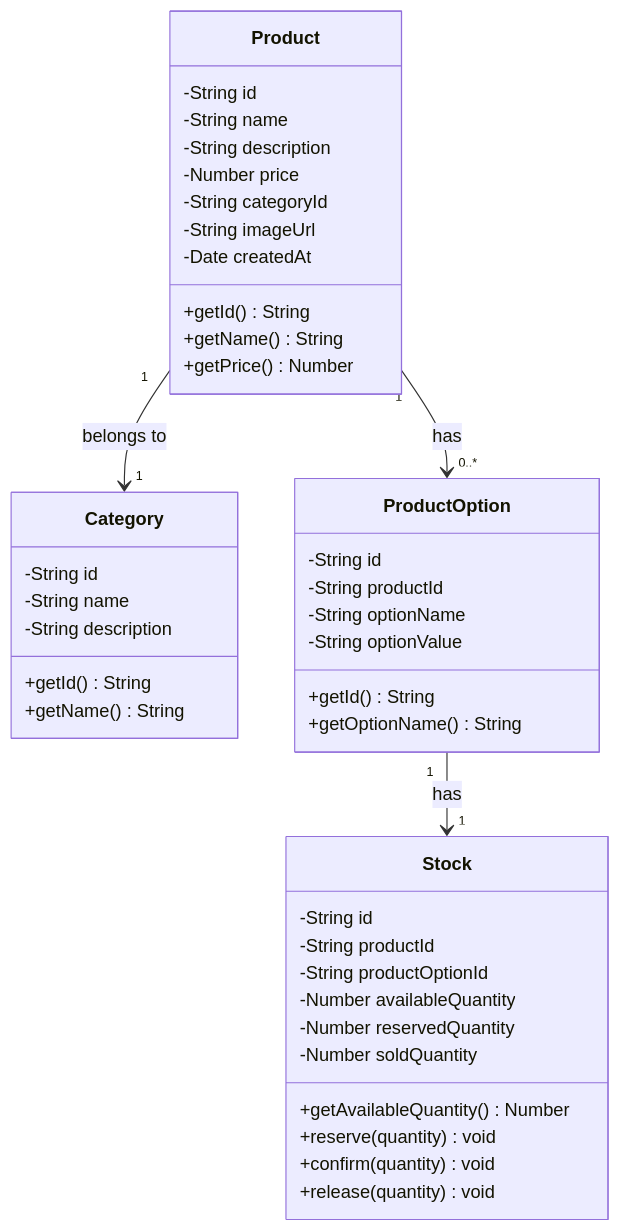
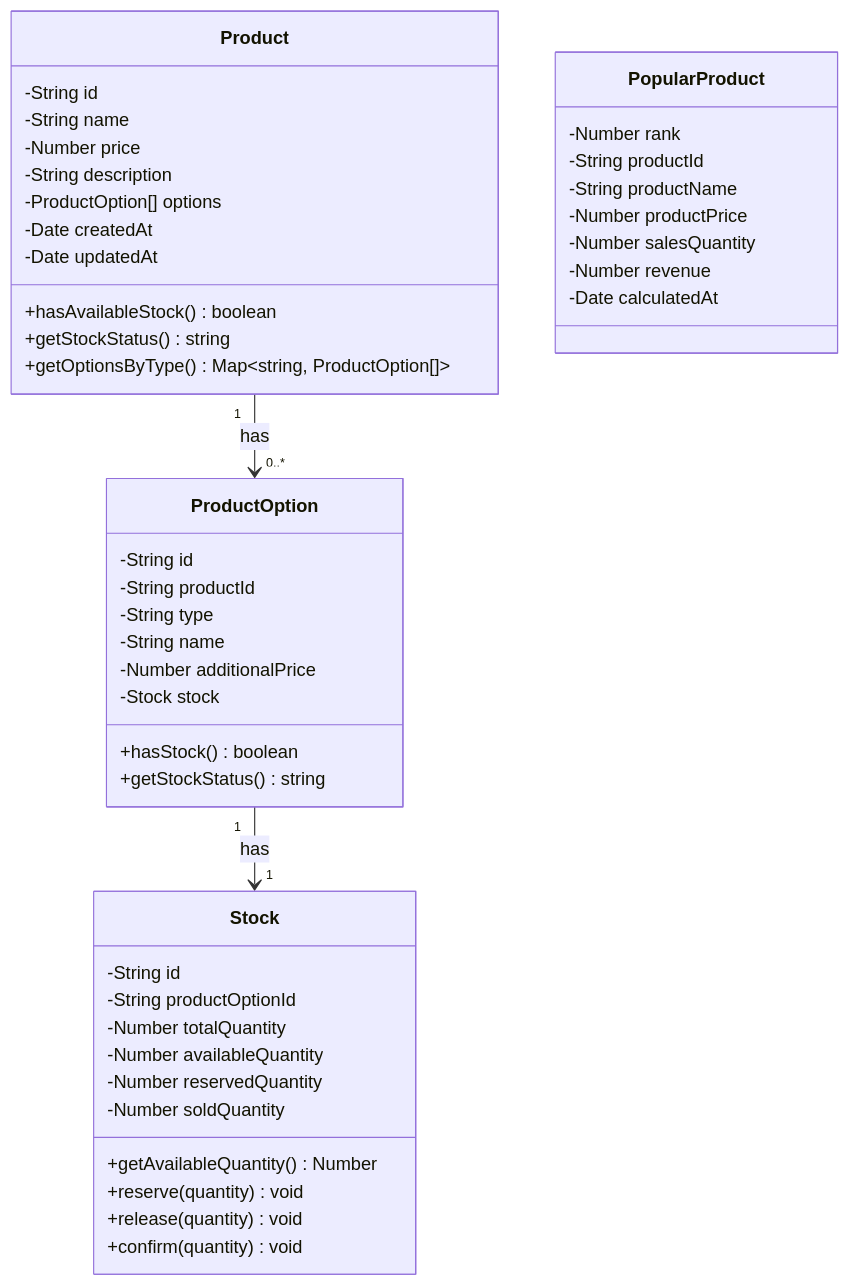
The fifth of 5 diagrams in docs/dev/dashboard/product/sequence-diagrams.md (ywj3493/hhplus-e-commerce), drawn with Mermaid before and after one commit. The commit also changed other lines of this file and 2 other files, not shown here.

First line of the commit message:
docs: update product domain documentation for Issue #007

````diff
--- a/docs/dev/dashboard/product/sequence-diagrams.md
+++ b/docs/dev/dashboard/product/sequence-diagrams.md
@@ -1129,49 +823,52 @@
 ```mermaid
 classDiagram
     class Product {
         -String id
         -String name
+        -Number price
         -String description
-        -Number price
-        -String categoryId
-        -String imageUrl
+        -ProductOption[] options
         -Date createdAt
-        +getId() String
-        +getName() String
-        +getPrice() Number
-    }
-
-    class Category {
-        -String id
-        -String name
-        -String description
-        +getId() String
-        +getName() String
+        -Date updatedAt
+        +hasAvailableStock() boolean
+        +getStockStatus() string
+        +getOptionsByType() Map~string, ProductOption[]~
     }
 
     class ProductOption {
         -String id
         -String productId
-        -String optionName
-        -String optionValue
-        +getId() String
-        +getOptionName() String
+        -String type
+        -String name
+        -Number additionalPrice
+        -Stock stock
+        +hasStock() boolean
+        +getStockStatus() string
     }
 
     class Stock {
         -String id
-        -String productId
         -String productOptionId
+        -Number totalQuantity
         -Number availableQuantity
         -Number reservedQuantity
         -Number soldQuantity
         +getAvailableQuantity() Number
         +reserve(quantity) void
+        +release(quantity) void
         +confirm(quantity) void
-        +release(quantity) void
     }
 
-    Product "1" --> "1" Category : belongs to
+    class PopularProduct {
+        -Number rank
+        -String productId
+        -String productName
+        -Number productPrice
+        -Number salesQuantity
+        -Number revenue
+        -Date calculatedAt
+    }
+
     Product "1" --> "0..*" ProductOption : has
     ProductOption "1" --> "1" Stock : has
 ```
````
